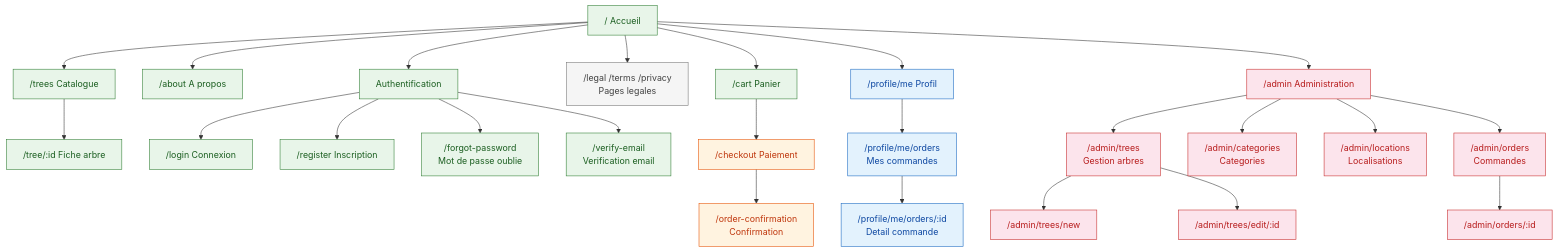
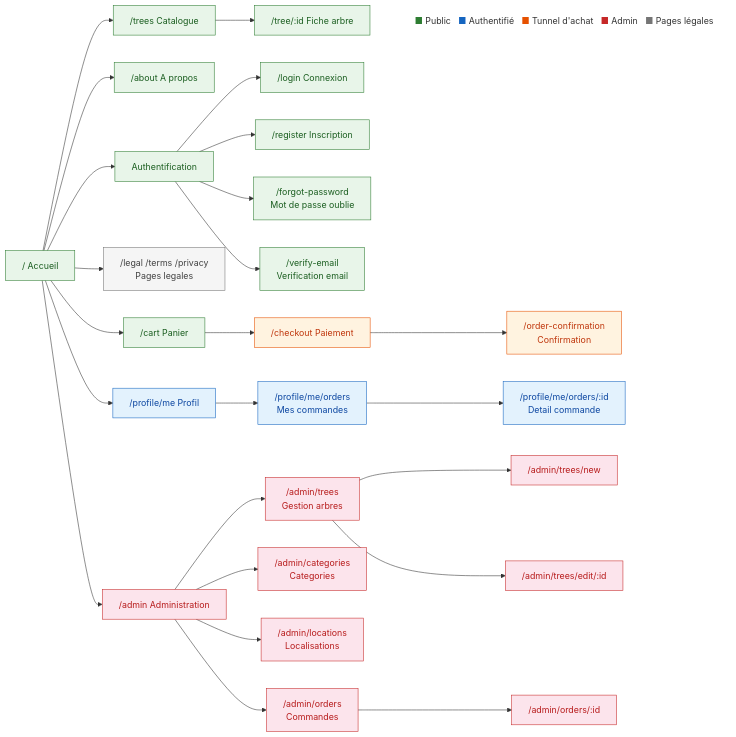
Before and after one commit to tonympt/dossier-projet-cda: the diagram in diagrammes/arborescence-site.md, drawn with Mermaid. The commit also changed 7 other files, not shown here.

First line of the commit message:
docs(diagrammes): archi applicative + légendes discrètes + maj notes-oral CI/CD

````diff
--- a/diagrammes/arborescence-site.md
+++ b/diagrammes/arborescence-site.md
@@ -3,47 +3,51 @@
 ```mermaid
-graph TD
+graph LR
     classDef public fill:#e8f5e9,stroke:#2e7d32,color:#1b5e20
     classDef auth fill:#e3f2fd,stroke:#1565c0,color:#0d47a1
     classDef admin fill:#fce4ec,stroke:#c62828,color:#b71c1c
     classDef checkout fill:#fff3e0,stroke:#e65100,color:#bf360c
     classDef legal fill:#f5f5f5,stroke:#757575,color:#424242
 
     Root["/ Accueil"]
 
     Root --> Trees["/trees Catalogue"]
     Trees --> TreeDetail["/tree/:id Fiche arbre"]
 
     Root --> About["/about A propos"]
     Root --> Cart["/cart Panier"]
 
     Root --> LegalGroup["/legal /terms /privacy<br/>Pages legales"]
 
     Root --> AuthGroup["Authentification"]
     AuthGroup --> Login["/login Connexion"]
     AuthGroup --> Register["/register Inscription"]
     AuthGroup --> ForgotPwd["/forgot-password<br/>Mot de passe oublie"]
     AuthGroup --> VerifyEmail["/verify-email<br/>Verification email"]
 
     Cart --> Checkout["/checkout Paiement"]
     Checkout --> OrderConfirm["/order-confirmation<br/>Confirmation"]
 
     Root --> Profile["/profile/me Profil"]
     Profile --> Orders["/profile/me/orders<br/>Mes commandes"]
     Orders --> OrderDetail["/profile/me/orders/:id<br/>Detail commande"]
 
     Root --> Admin["/admin Administration"]
     Admin --> AdminTrees["/admin/trees<br/>Gestion arbres"]
     AdminTrees --> AdminTreeNew["/admin/trees/new"]
     AdminTrees --> AdminTreeEdit["/admin/trees/edit/:id"]
     Admin --> AdminCategories["/admin/categories<br/>Categories"]
     Admin --> AdminLocations["/admin/locations<br/>Localisations"]
     Admin --> AdminOrders["/admin/orders<br/>Commandes"]
     AdminOrders --> AdminOrderDetail["/admin/orders/:id"]
 
     class Root,Trees,TreeDetail,About,Cart public
     class LegalGroup legal
     class AuthGroup,Login,Register,ForgotPwd,VerifyEmail public
     class Checkout,OrderConfirm checkout
     class Profile,Orders,OrderDetail auth
     class Admin,AdminTrees,AdminTreeNew,AdminTreeEdit,AdminCategories,AdminLocations,AdminOrders,AdminOrderDetail admin
+
+    Legende["<span style='white-space:nowrap'><span style='color:#2e7d32'>■</span> Public &nbsp; <span style='color:#1565c0'>■</span> Authentifié &nbsp; <span style='color:#e65100'>■</span> Tunnel d'achat &nbsp; <span style='color:#c62828'>■</span> Admin &nbsp; <span style='color:#757575'>■</span> Pages légales</span>"]
+    style Legende fill:none,stroke:none
+    TreeDetail ~~~ Legende
 ```
````
